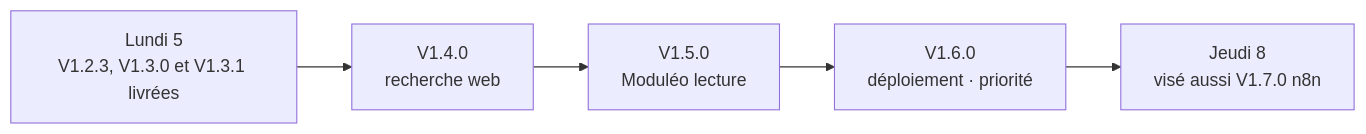
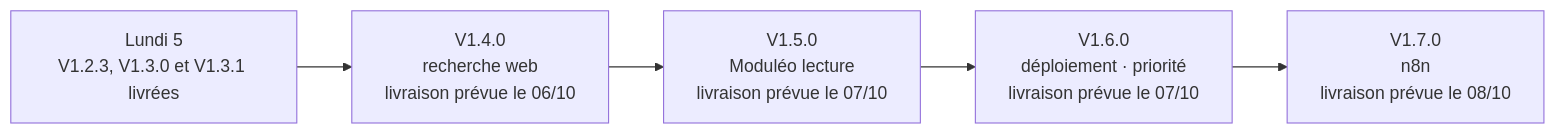
The second of 2 diagrams in README.md (UlyssouLV/BBASS-Agents-IA), drawn with Mermaid before and after one commit. The commit also changed other lines of this file and 219 other files, not shown here.

First line of the commit message:
V1.4.0 — Recherche web dans le chat (#126)

````diff
--- a/README.md
+++ b/README.md
@@ -37,7 +37,7 @@
 ```mermaid
 flowchart LR
-  L05["Lundi 5<br/>V1.2.3, V1.3.0 et V1.3.1 livrées"] --> V140["V1.4.0<br/>recherche web"]
-  V140 --> V150["V1.5.0<br/>Moduléo lecture"]
-  V150 --> V160["V1.6.0<br/>déploiement · priorité"]
-  V160 --> V08["Jeudi 8<br/>visé aussi V1.7.0 n8n"]
+  L05["Lundi 5<br/>V1.2.3, V1.3.0 et V1.3.1 livrées"] --> V140["V1.4.0<br/>recherche web<br/>livraison prévue le 06/10"]
+  V140 --> V150["V1.5.0<br/>Moduléo lecture<br/>livraison prévue le 07/10"]
+  V150 --> V160["V1.6.0<br/>déploiement · priorité<br/>livraison prévue le 07/10"]
+  V160 --> V170["V1.7.0<br/>n8n<br/>livraison prévue le 08/10"]
 ```
````
